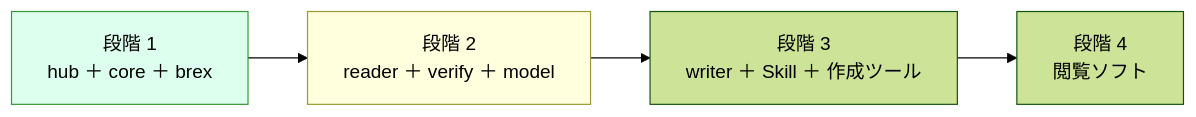
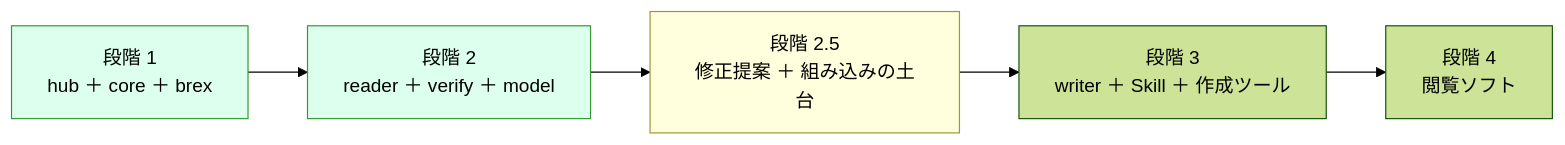
One commit to shuji-bonji/s1000d-stack changed the diagram in docs/notes/handoff.md. Above: the diagram before and after it, drawn with Mermaid (forest theme). The commit also changed other lines of this file and 17 other files, not shown here.

````diff
--- a/docs/notes/handoff.md
+++ b/docs/notes/handoff.md
@@ -13,8 +14,10 @@
 ```mermaid
 flowchart LR
   S1["段階 1<br/>hub ＋ core ＋ brex"] --> S2["段階 2<br/>reader ＋ verify ＋ model"]
-  S2 --> S3["段階 3<br/>writer ＋ Skill ＋ 作成ツール"]
+  S2 --> S25["段階 2.5<br/>修正提案 ＋ 組み込みの土台"]
+  S25 --> S3["段階 3<br/>writer ＋ Skill ＋ 作成ツール"]
   S3 --> S4["段階 4<br/>閲覧ソフト"]
   style S1 fill:#dfe,stroke:#393
-  style S2 fill:#ffd,stroke:#993
+  style S2 fill:#dfe,stroke:#393
+  style S25 fill:#ffd,stroke:#993
 ```
````
